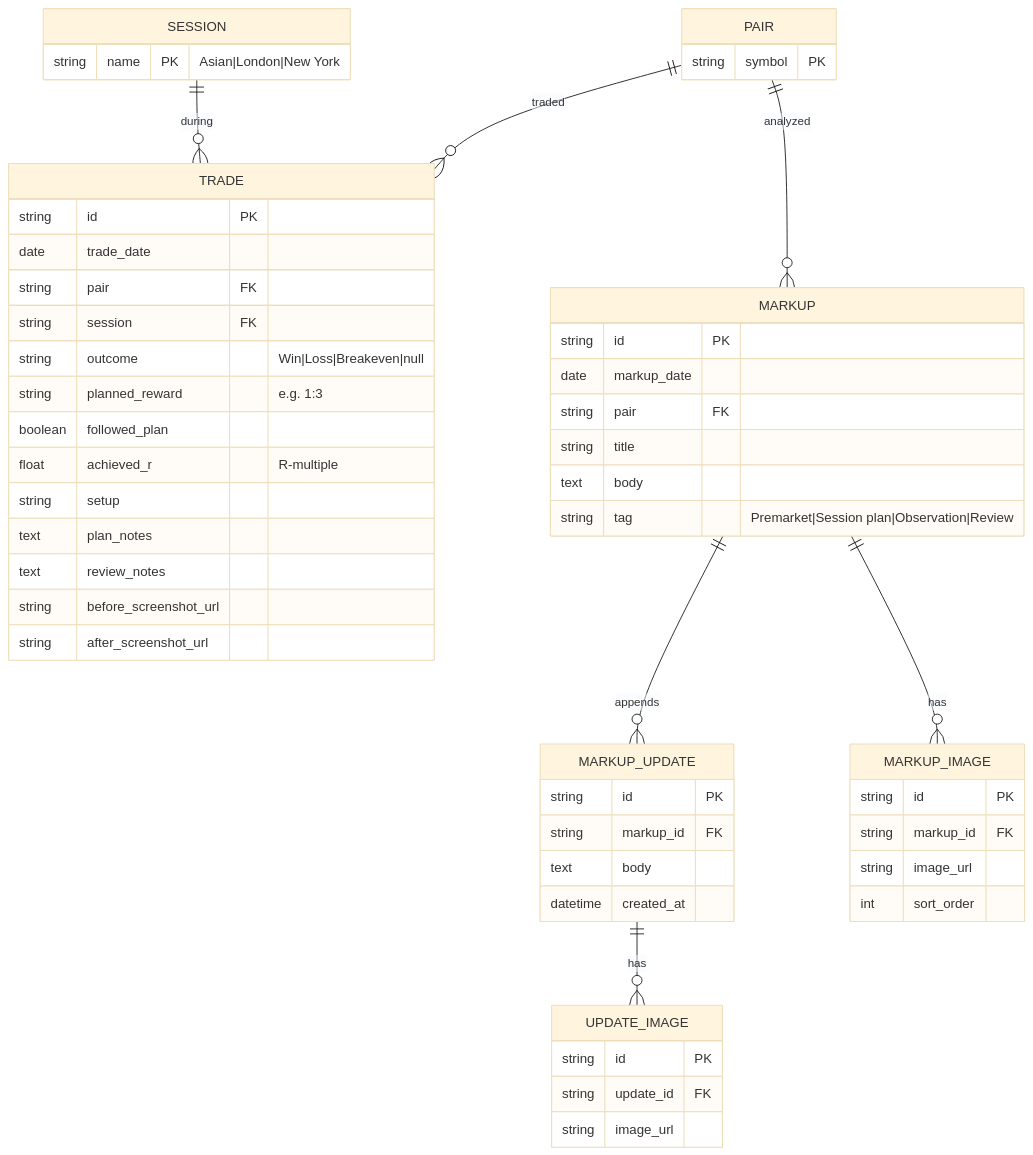
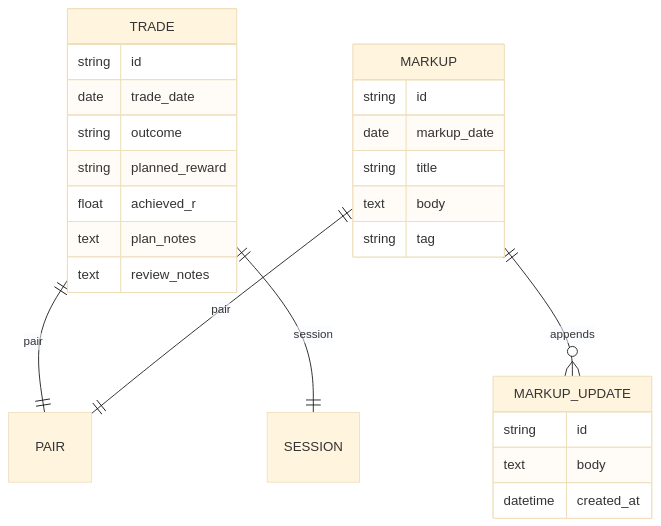
The diagram in docs/06-data-model.md (jah-guide/journalx-dashboard), drawn with Mermaid (base theme) before and after one commit. The commit also changed other lines of this file, not shown here.

Commit message:
docs: streamline data model ERD and field tables

````diff
--- a/docs/06-data-model.md
+++ b/docs/06-data-model.md
@@ -24,62 +41,61 @@
 ```mermaid
+
 erDiagram
+
+  TRADE ||--|| PAIR : pair
+
+  TRADE ||--|| SESSION : session
+
+  MARKUP ||--|| PAIR : pair
+
+  MARKUP ||--o{ MARKUP_UPDATE : appends
+
+
+
   TRADE {
-    string id PK
+
+    string id
+
     date trade_date
-    string pair FK
-    string session FK
-    string outcome "Win|Loss|Breakeven|null"
-    string planned_reward "e.g. 1:3"
-    boolean followed_plan
-    float achieved_r "R-multiple"
-    string setup
+
+    string outcome
+
+    string planned_reward
+
+    float achieved_r
+
     text plan_notes
+
     text review_notes
-    string before_screenshot_url
-    string after_screenshot_url
+
   }
 
+
+
   MARKUP {
-    string id PK
+
+    string id
+
     date markup_date
-    string pair FK
+
     string title
+
     text body
-    string tag "Premarket|Session plan|Observation|Review"
+
+    string tag
+
   }
 
+
+
   MARKUP_UPDATE {
-    string id PK
-    string markup_id FK
+
+    string id
+
     text body
+
     datetime created_at
+
   }
 
-  MARKUP_IMAGE {
-    string id PK
-    string markup_id FK
-    string image_url
-    int sort_order
-  }
-
-  UPDATE_IMAGE {
-    string id PK
-    string update_id FK
-    string image_url
-  }
-
-  PAIR {
-    string symbol PK
-  }
-
-  SESSION {
-    string name PK "Asian|London|New York"
-  }
-
-  PAIR ||--o{ TRADE : "traded"
-  SESSION ||--o{ TRADE : "during"
-  PAIR ||--o{ MARKUP : "analyzed"
-  MARKUP ||--o{ MARKUP_UPDATE : "appends"
-  MARKUP ||--o{ MARKUP_IMAGE : "has"
-  MARKUP_UPDATE ||--o{ UPDATE_IMAGE : "has"
 ```
````
